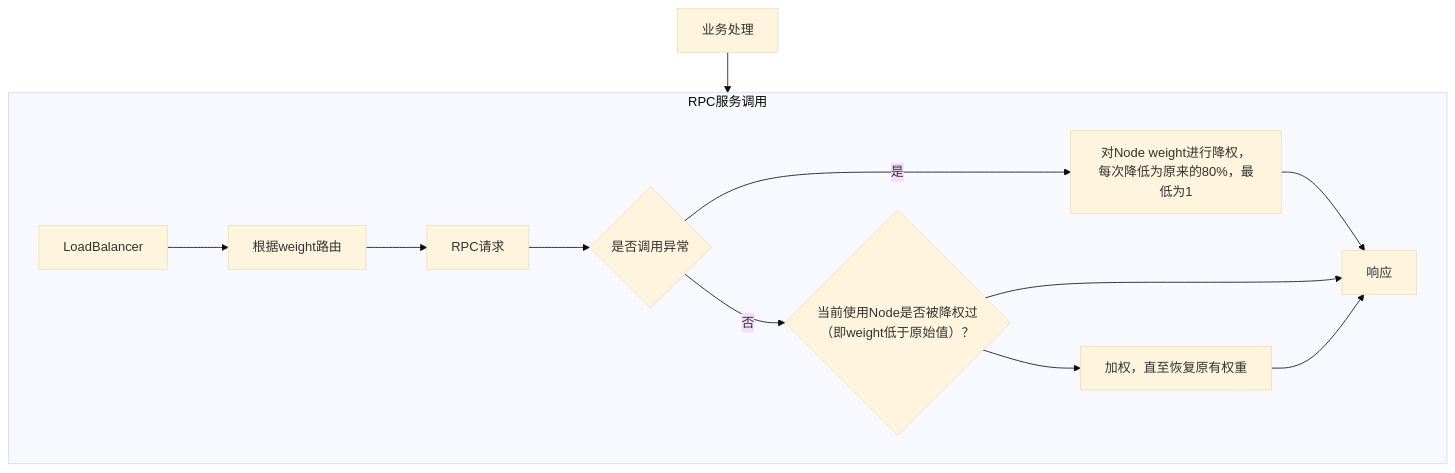
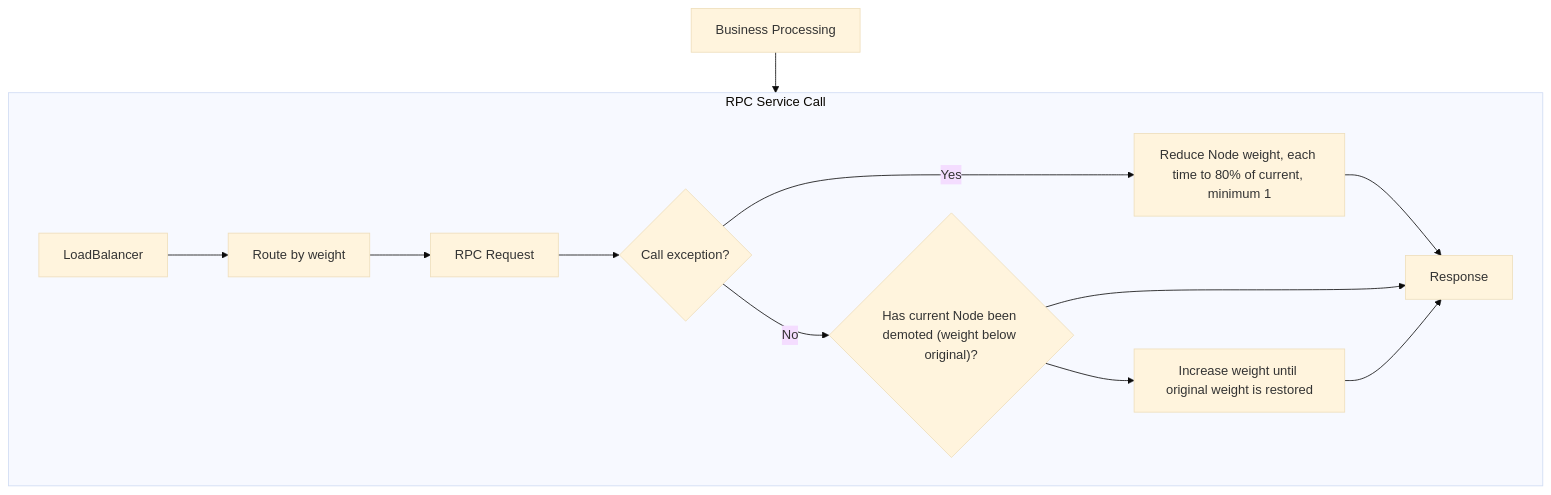
Before and after one commit to lujiafa/houtu-dependencies: the fifth of 5 diagrams in spring-cloud-houtu/README.md, drawn with Mermaid (base theme). The commit also changed other lines of this file and 4 other files, not shown here.

````diff
--- a/spring-cloud-houtu/README.md
+++ b/spring-cloud-houtu/README.md
@@ -139,24 +141,24 @@
 ```mermaid
 flowchart TD
-START[业务处理]
-subgraph NextRequest["RPC服务调用"]
+START[Business Processing]
+subgraph NextRequest["RPC Service Call"]
     F1["LoadBalancer"]
-    F2["根据weight路由"]
-    F3["RPC请求"]
+    F2["Route by weight"]
+    F3["RPC Request"]
     F4
-    F5["对Node weight进行降权，每次降低为原来的80%，最低为1"]
+    F5["Reduce Node weight, each time to 80% of current, minimum 1"]
     F6
-    F7["加权，直至恢复原有权重"]
-    END[响应]
+    F7["Increase weight until original weight is restored"]
+    END[Response]
     F1 --> F2
     F2 --> F3
     F3 --> F4
-    F4{"是否调用异常"} -->|是| F5
-    F4 -->|否| F6
+    F4{"Call exception?"} -->|Yes| F5
+    F4 -->|No| F6
     F5 --> END
-    F6{"当前使用Node是否被降权过（即weight低于原始值）？"} --> F7
+    F6{"Has current Node been demoted (weight below original)?"} --> F7
     F6 --> END
     F7 --> END
 end
 START --> NextRequest
 ```
````
